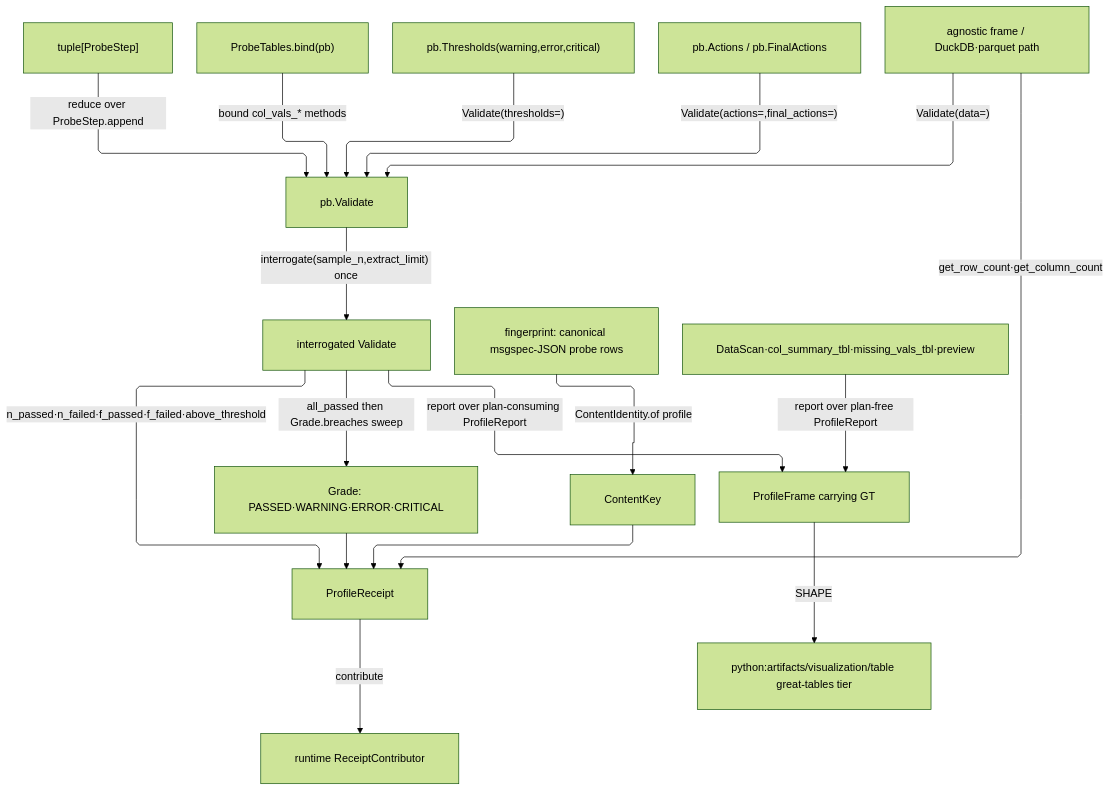
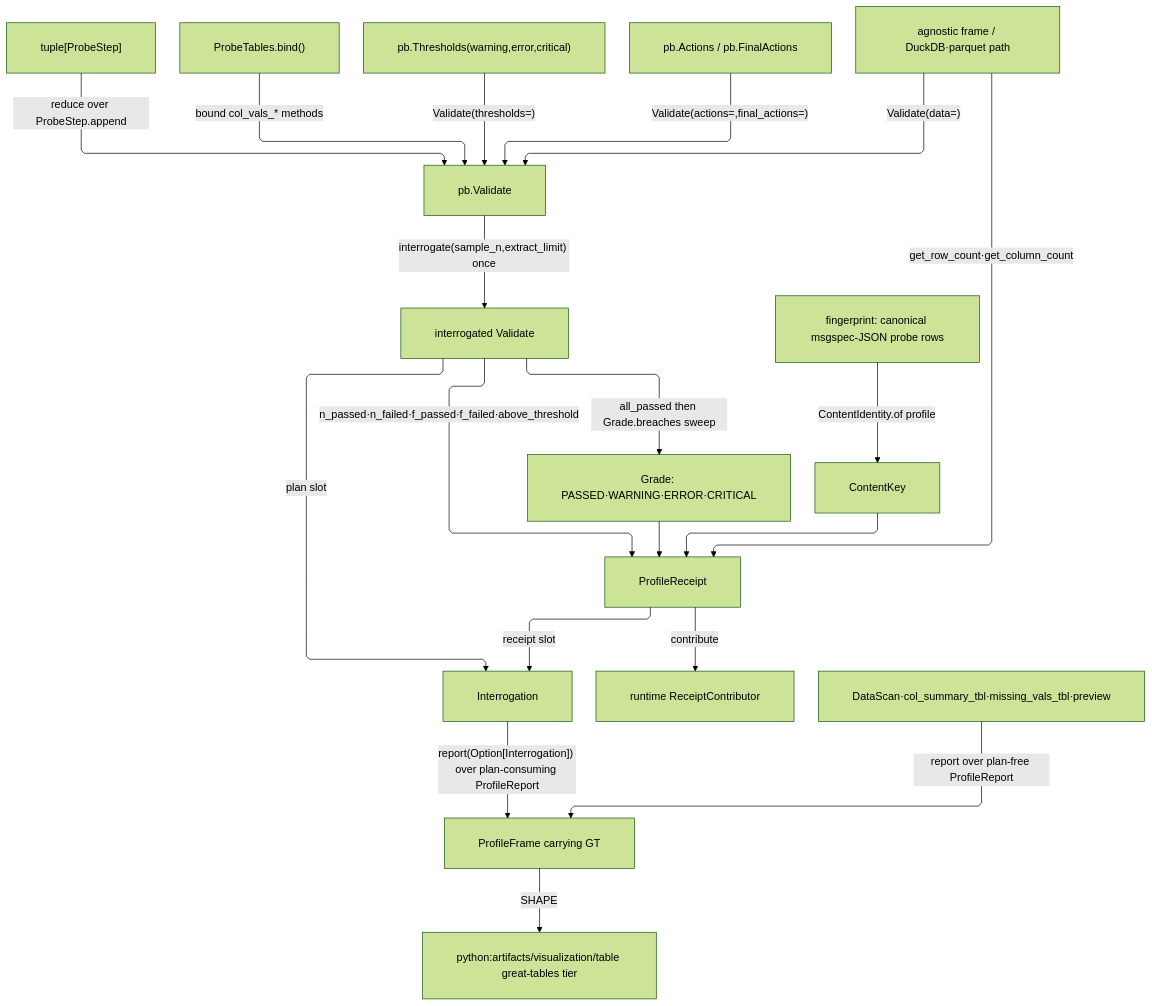
The diagram in libs/python/data/.planning/tabular/profile.md (bsamiee/Rasm), drawn with Mermaid (forest theme) before and after one commit. The commit also changed other lines of this file and 249 other files, not shown here.

````diff
--- a/libs/python/data/.planning/tabular/profile.md
+++ b/libs/python/data/.planning/tabular/profile.md
@@ -417,31 +487,33 @@
 ```mermaid
 ---
 config:
   layout: elk
   elk:
     nodePlacementStrategy: NETWORK_SIMPLEX
     considerModelOrder: NODES_AND_EDGES
   flowchart:
     curve: linear
     padding: 25
 ---
 flowchart TD
     accTitle: Profile probe plan and receipt flow
-    accDescr: ProbeStep rows, bound tables, thresholds, and actions fold into one pb.Validate; a single interrogate yields the Grade, the ProfileReceipt with its ContentKey, and the ProfileFrame handed to the great-tables tier.
+    accDescr: ProbeStep rows, bound tables, thresholds, and actions fold into one pb.Validate; a single interrogate yields the Interrogation carrying the graded plan and the ProfileReceipt with its ContentKey, and report threads that same run into the ProfileFrame handed to the great-tables tier.
     steps["tuple[ProbeStep]"] -->|"reduce over ProbeStep.append"| plan["pb.Validate"]
-    tables["ProbeTables.bind(pb)"] -->|"bound col_vals_* methods"| plan
+    tables["ProbeTables.bind()"] -->|"bound col_vals_* methods"| plan
     thr["pb.Thresholds(warning,error,critical)"] -->|"Validate(thresholds=)"| plan
     acts["pb.Actions / pb.FinalActions"] -->|"Validate(actions=,final_actions=)"| plan
     data["agnostic frame / DuckDB·parquet path"] -->|"Validate(data=)"| plan
     plan -->|"interrogate(sample_n,extract_limit) once"| interr["interrogated Validate"]
     interr -->|"all_passed then Grade.breaches sweep"| grade["Grade: PASSED·WARNING·ERROR·CRITICAL"]
     interr -->|"n_passed·n_failed·f_passed·f_failed·above_threshold"| receipt["ProfileReceipt"]
     data -->|"get_row_count·get_column_count"| receipt
     fp["fingerprint: canonical msgspec-JSON probe rows"] -->|"ContentIdentity.of profile"| key["ContentKey"]
     grade --> receipt
     key --> receipt
+    interr -->|"plan slot"| run["Interrogation"]
+    receipt -->|"receipt slot"| run
     receipt -->|contribute| sink["runtime ReceiptContributor"]
-    interr -->|"report over plan-consuming ProfileReport"| frame["ProfileFrame carrying GT"]
+    run -->|"report(Option[Interrogation]) over plan-consuming ProfileReport"| frame["ProfileFrame carrying GT"]
     scanned["DataScan·col_summary_tbl·missing_vals_tbl·preview"] -->|"report over plan-free ProfileReport"| frame
     frame -->|SHAPE| artifacts["python:artifacts/visualization/table great-tables tier"]
 ```
````
